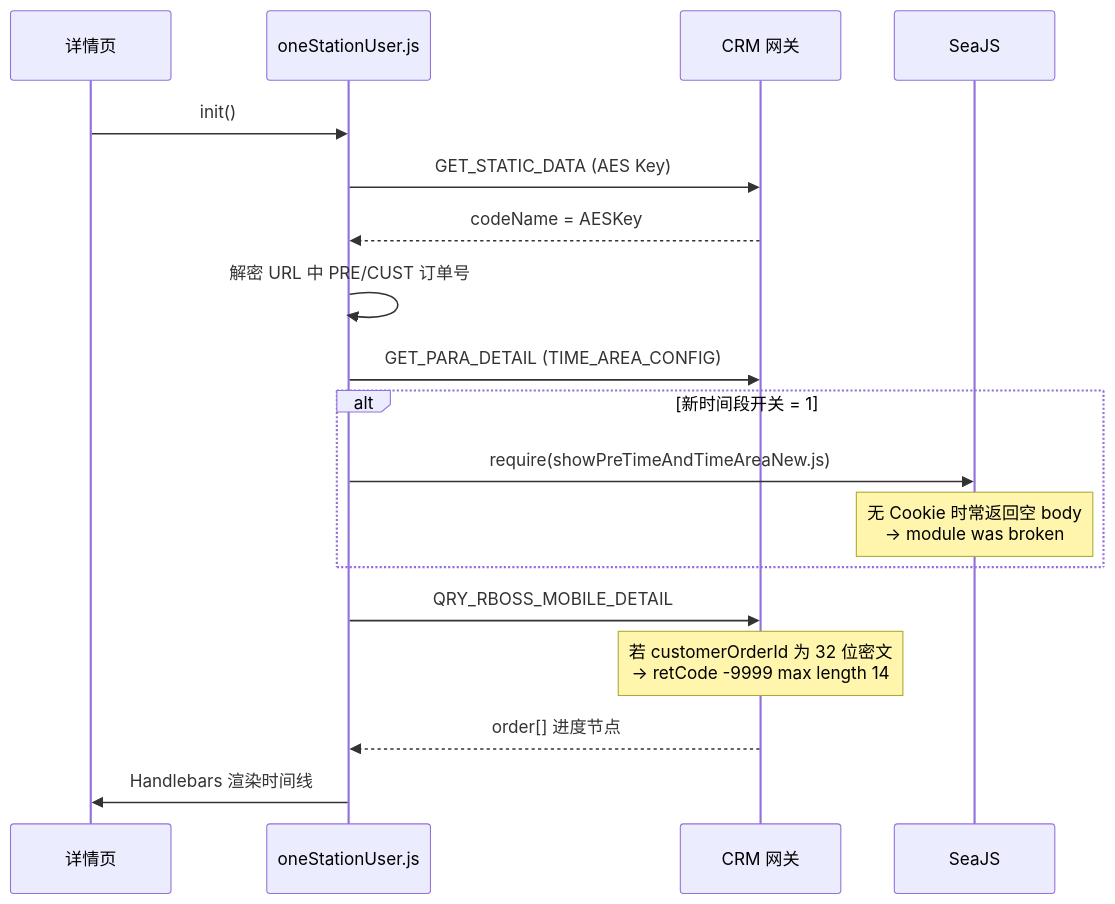
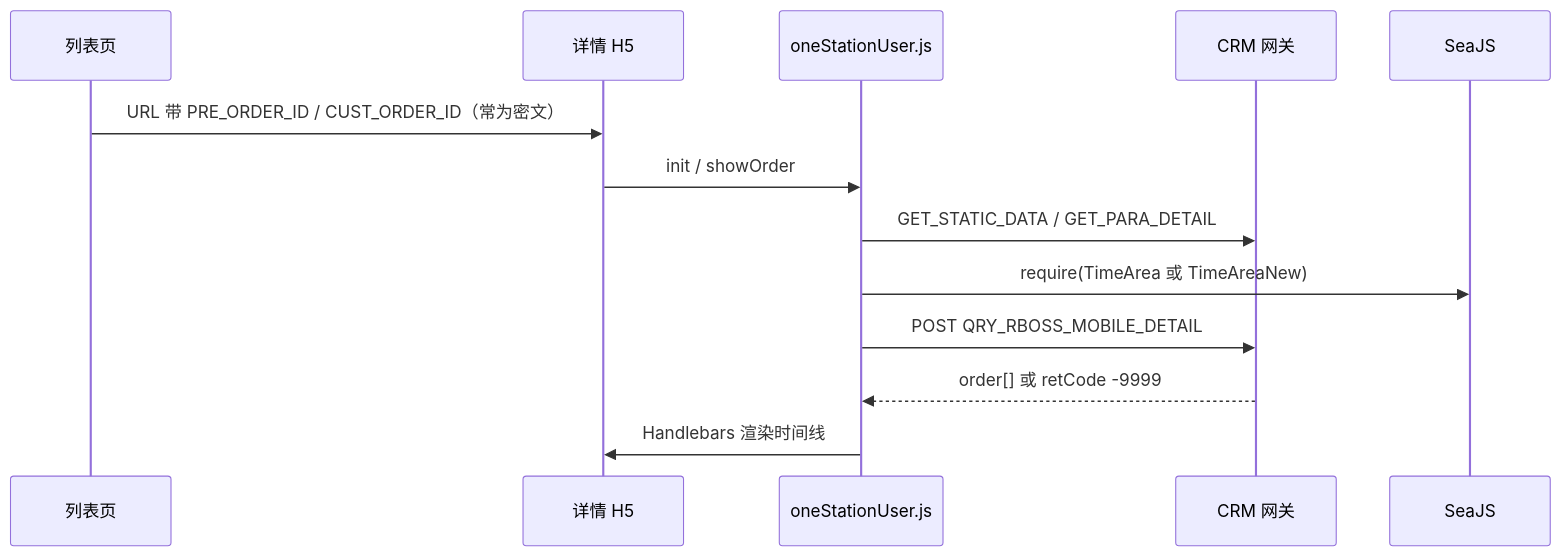
One commit to fjh1997/cat changed the third of 6 diagrams in content/posts/PC微信小程序浙江移动宽带订单详情白屏排查：AES作用域、订单号长度14与SeaJS空模块.md. Above: the diagram before and after it, drawn with Mermaid. The commit also changed other lines of this file, not shown here.

````diff
--- a/content/posts/PC微信小程序浙江移动宽带订单详情白屏排查：AES作用域、订单号长度14与SeaJS空模块.md
+++ b/content/posts/PC微信小程序浙江移动宽带订单详情白屏排查：AES作用域、订单号长度14与SeaJS空模块.md
@@ -117,21 +84,16 @@
 ```mermaid
 sequenceDiagram
-  participant Page as 详情页
+  participant List as 列表页
+  participant Page as 详情 H5
   participant JS as oneStationUser.js
   participant API as CRM 网关
   participant Sea as SeaJS
 
-  Page->>JS: init()
-  JS->>API: GET_STATIC_DATA (AES Key)
-  API-->>JS: codeName = AESKey
-  JS->>JS: 解密 URL 中 PRE/CUST 订单号
-  JS->>API: GET_PARA_DETAIL (TIME_AREA_CONFIG)
-  alt 新时间段开关 = 1
-    JS->>Sea: require(showPreTimeAndTimeAreaNew.js)
-    Note over Sea: 无 Cookie 时常返回空 body<br/>→ module was broken
-  end
-  JS->>API: QRY_RBOSS_MOBILE_DETAIL
-  Note over API: 若 customerOrderId 为 32 位密文<br/>→ retCode -9999 max length 14
-  API-->>JS: order[] 进度节点
+  List->>Page: URL 带 PRE_ORDER_ID / CUST_ORDER_ID（常为密文）
+  Page->>JS: init / showOrder
+  JS->>API: GET_STATIC_DATA / GET_PARA_DETAIL
+  JS->>Sea: require(TimeArea 或 TimeAreaNew)
+  JS->>API: POST QRY_RBOSS_MOBILE_DETAIL
+  API-->>JS: order[] 或 retCode -9999
   JS->>Page: Handlebars 渲染时间线
 ```
````
